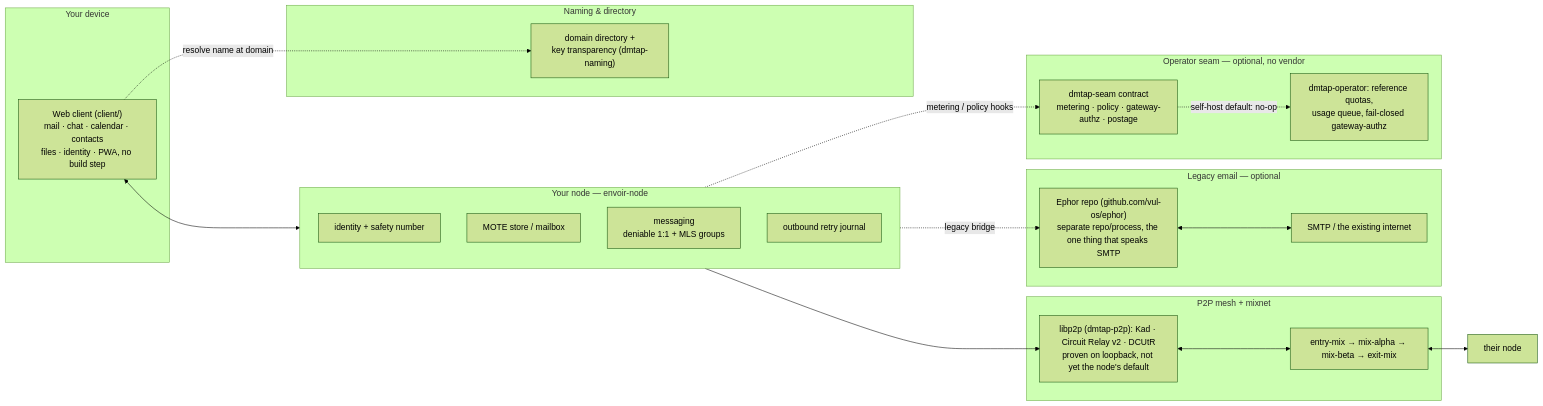
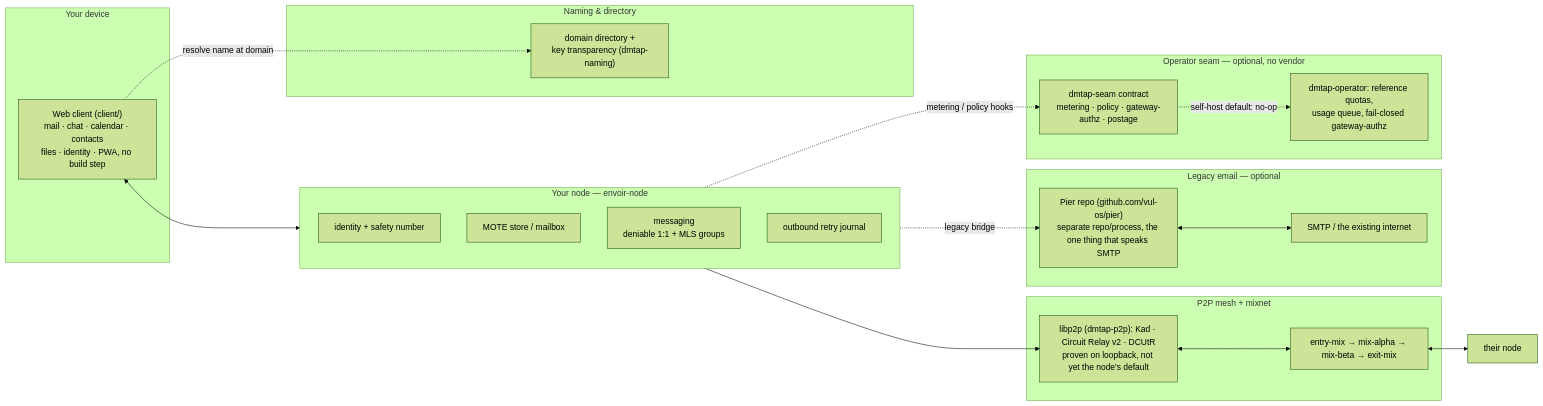
One commit to vul-os/envoir changed the first of 2 diagrams in docs/architecture.md. Above: the diagram before and after it, drawn with Mermaid (forest theme). The commit also changed other lines of this file and 31 other files, not shown here.

````diff
--- a/docs/architecture.md
+++ b/docs/architecture.md
@@ -12,42 +12,42 @@
 ```mermaid
 flowchart LR
     subgraph You["Your device"]
         Client["Web client (client/)<br/>mail · chat · calendar · contacts<br/>files · identity · PWA, no build step"]
     end
 
     subgraph Node["Your node — envoir-node"]
         Identity_["identity + safety number"]
         Mailbox["MOTE store / mailbox"]
         Messaging["messaging<br/>deniable 1:1 + MLS groups"]
         Journal["outbound retry journal"]
     end
 
     subgraph Mesh["P2P mesh + mixnet"]
         Transport["libp2p (dmtap-p2p): Kad · Circuit Relay v2 · DCUtR<br/>proven on loopback, not yet the node's default"]
         Mix["entry-mix → mix-alpha → mix-beta → exit-mix"]
     end
 
     subgraph Naming["Naming & directory"]
         KT["domain directory +<br/>key transparency (dmtap-naming)"]
     end
 
     subgraph Legacy["Legacy email — optional"]
-        Gateway["Ephor repo (github.com/vul-os/ephor)<br/>separate repo/process, the one thing that speaks SMTP"]
+        Gateway["Pier repo (github.com/vul-os/pier)<br/>separate repo/process, the one thing that speaks SMTP"]
         SMTP["SMTP / the existing internet"]
     end
 
     subgraph Op["Operator seam — optional, no vendor"]
         Seam["dmtap-seam contract<br/>metering · policy · gateway-authz · postage"]
         Ref["dmtap-operator: reference quotas,<br/>usage queue, fail-closed gateway-authz"]
     end
 
     Client <--> Node
     Node --> Transport
     Transport <--> Mix
     Mix <--> Peer["their node"]
     Client -.->|resolve name at domain| KT
     Node -.->|legacy bridge| Gateway
     Gateway <--> SMTP
     Node -.->|metering / policy hooks| Seam
     Seam -.->|self-host default: no-op| Ref
 ```
````
